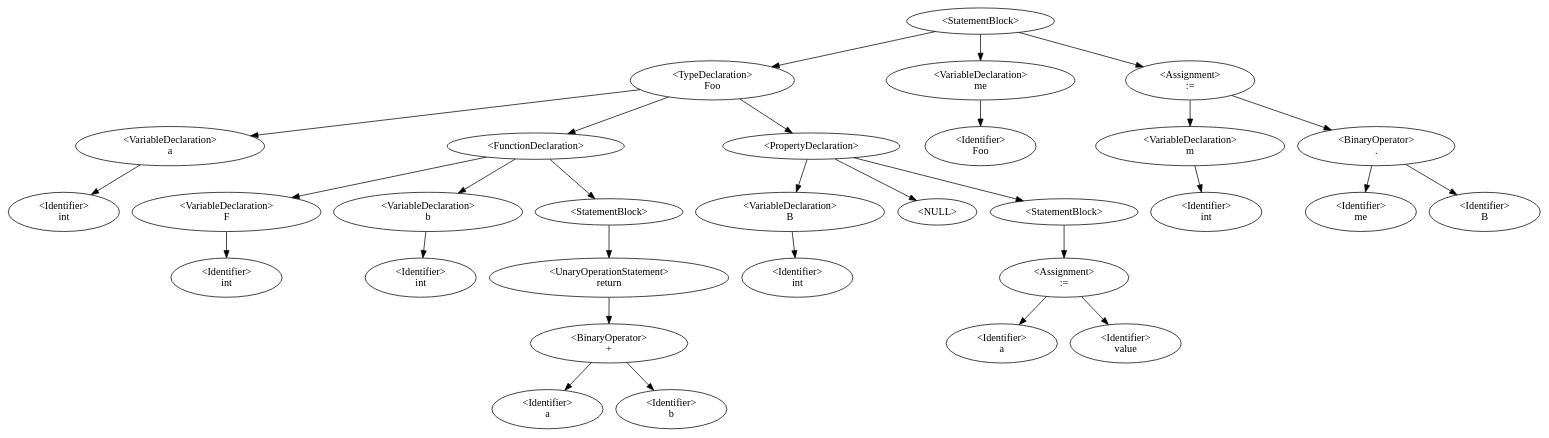
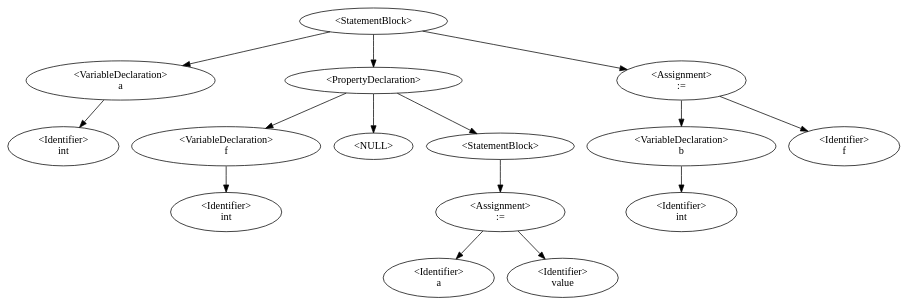
The diagram in Dino/Dino/AstDisplay.gv (QazmoQwerty/dino), drawn with Graphviz before and after one commit. The commit also changed 4 other files, not shown here.

```diff
--- a/Dino/Dino/AstDisplay.gv
+++ b/Dino/Dino/AstDisplay.gv
@@ -1,31 +1,16 @@
 digraph G {
-0 [label="<StatementBlock>"];0->1;0->22;0->25;
-1 [label="<TypeDeclaration>\nFoo"];1->3;1->13;1->6;
-3 [label="<VariableDeclaration>\na"];3->2;
-2 [label="<Identifier>\nint"];
-13 [label="<FunctionDeclaration>\n"];13->12;13->15;13->16;
-12 [label="<VariableDeclaration>\nF"];12->11;
-11 [label="<Identifier>\nint"];
-15 [label="<VariableDeclaration>\nb"];15->14;
-14 [label="<Identifier>\nint"];
-16 [label="<StatementBlock>"];16->17;
-17 [label="<UnaryOperationStatement>\nreturn"];17->19;
-19 [label="<BinaryOperator>\n+"];19->18;19->20;
-18 [label="<Identifier>\na"];
-20 [label="<Identifier>\nb"];
-6 [label="<PropertyDeclaration>"];6->5;6->-1;-1 [label="<NULL>"];6->7;
-5 [label="<VariableDeclaration>\nB"];5->4;
-4 [label="<Identifier>\nint"];
-7 [label="<StatementBlock>"];7->9;
-9 [label="<Assignment>\n:="];9->8;9->10;
-8 [label="<Identifier>\na"];
-10 [label="<Identifier>\nvalue"];
-22 [label="<VariableDeclaration>\nme"];22->21;
-21 [label="<Identifier>\nFoo"];
-25 [label="<Assignment>\n:="];25->24;25->27;
-24 [label="<VariableDeclaration>\nm"];24->23;
-23 [label="<Identifier>\nint"];
-27 [label="<BinaryOperator>\n."];27->26;27->28;
-26 [label="<Identifier>\nme"];
-28 [label="<Identifier>\nB"];
+0 [label="<StatementBlock>"];0->2;0->5;0->12;
+2 [label="<VariableDeclaration>\na"];2->1;
+1 [label="<Identifier>\nint"];
+5 [label="<PropertyDeclaration>"];5->4;5->-1;-1 [label="<NULL>"];5->6;
+4 [label="<VariableDeclaration>\nf"];4->3;
+3 [label="<Identifier>\nint"];
+6 [label="<StatementBlock>"];6->8;
+8 [label="<Assignment>\n:="];8->7;8->9;
+7 [label="<Identifier>\na"];
+9 [label="<Identifier>\nvalue"];
+12 [label="<Assignment>\n:="];12->11;12->13;
+11 [label="<VariableDeclaration>\nb"];11->10;
+10 [label="<Identifier>\nint"];
+13 [label="<Identifier>\nf"];
 }
```
